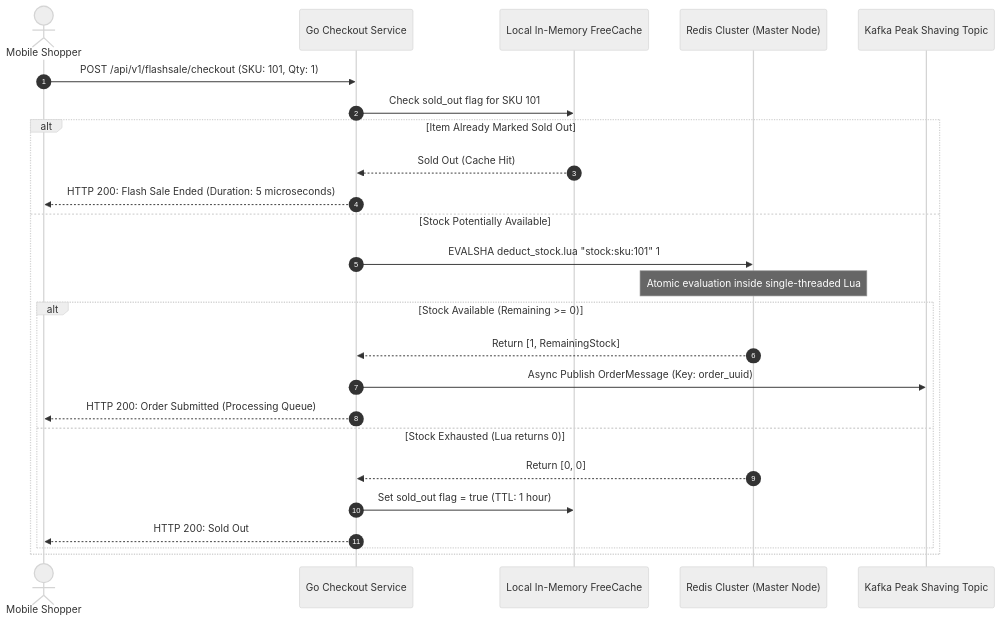
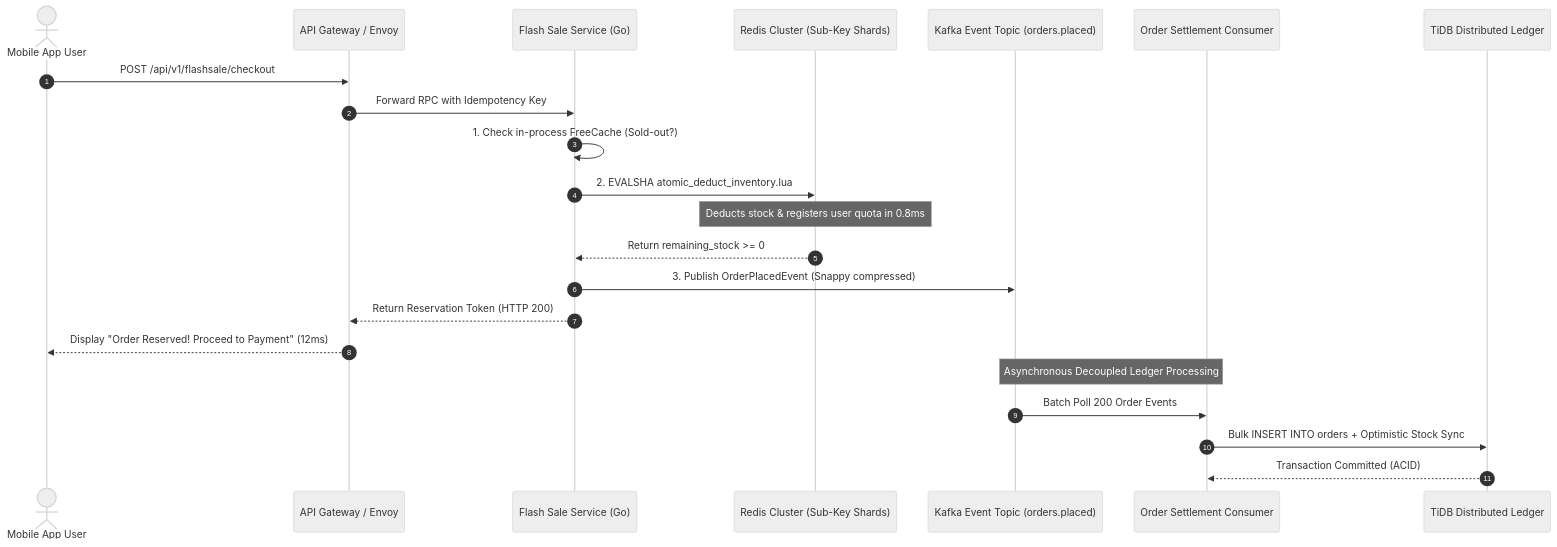
The third of 3 diagrams in content/series/shopee-architecture/02-flash-sale-engine.md (vesviet/vesviet), drawn with Mermaid (neutral theme) before and after one commit. The commit also changed other lines of this file and 36 other files, not shown here.

Commit message:
feat(sprint-2): upgrade paypay and shopee architecture series to 2027 SOTA masterclass

````diff
--- a/content/series/shopee-architecture/02-flash-sale-engine.md
+++ b/content/series/shopee-architecture/02-flash-sale-engine.md
@@ -73,28 +385,26 @@
 ```mermaid
 sequenceDiagram
     autonumber
-    actor Buyer as Mobile Shopper
-    participant GoSvc as Go Checkout Service
-    participant LocalMem as Local In-Memory FreeCache
-    participant Redis as Redis Cluster (Master Node)
-    participant Kafka as Kafka Peak Shaving Topic
+    actor User as Mobile App User
+    participant GW as API Gateway / Envoy
+    participant FlashSvc as Flash Sale Service (Go)
+    participant Redis as Redis Cluster (Sub-Key Shards)
+    participant Kafka as Kafka Event Topic (orders.placed)
+    participant Consumer as Order Settlement Consumer
+    participant DB as TiDB Distributed Ledger
 
-    Buyer->>GoSvc: POST /api/v1/flashsale/checkout (SKU: 101, Qty: 1)
-    GoSvc->>LocalMem: Check sold_out flag for SKU 101
-    alt Item Already Marked Sold Out
-        LocalMem-->>GoSvc: Sold Out (Cache Hit)
-        GoSvc-->>Buyer: HTTP 200: Flash Sale Ended (Duration: 5 microseconds)
-    else Stock Potentially Available
-        GoSvc->>Redis: EVALSHA deduct_stock.lua "stock:sku:101" 1
-        Note over Redis: Atomic evaluation inside single-threaded Lua
-        alt Stock Available (Remaining >= 0)
-            Redis-->>GoSvc: Return [1, RemainingStock]
-            GoSvc->>Kafka: Async Publish OrderMessage (Key: order_uuid)
-            GoSvc-->>Buyer: HTTP 200: Order Submitted (Processing Queue)
-        else Stock Exhausted (Lua returns 0)
-            Redis-->>GoSvc: Return [0, 0]
-            GoSvc->>LocalMem: Set sold_out flag = true (TTL: 1 hour)
-            GoSvc-->>Buyer: HTTP 200: Sold Out
-        end
-    end
+    User->>GW: POST /api/v1/flashsale/checkout
+    GW->>FlashSvc: Forward RPC with Idempotency Key
+    FlashSvc->>FlashSvc: 1. Check in-process FreeCache (Sold-out?)
+    FlashSvc->>Redis: 2. EVALSHA atomic_deduct_inventory.lua
+    Note over Redis: Deducts stock & registers user quota in 0.8ms
+    Redis-->>FlashSvc: Return remaining_stock >= 0
+    FlashSvc->>Kafka: 3. Publish OrderPlacedEvent (Snappy compressed)
+    FlashSvc-->>GW: Return Reservation Token (HTTP 200)
+    GW-->>User: Display "Order Reserved! Proceed to Payment" (12ms)
+
+    Note over Kafka,Consumer: Asynchronous Decoupled Ledger Processing
+    Kafka->>Consumer: Batch Poll 200 Order Events
+    Consumer->>DB: Bulk INSERT INTO orders + Optimistic Stock Sync
+    DB-->>Consumer: Transaction Committed (ACID)
 ```
````
